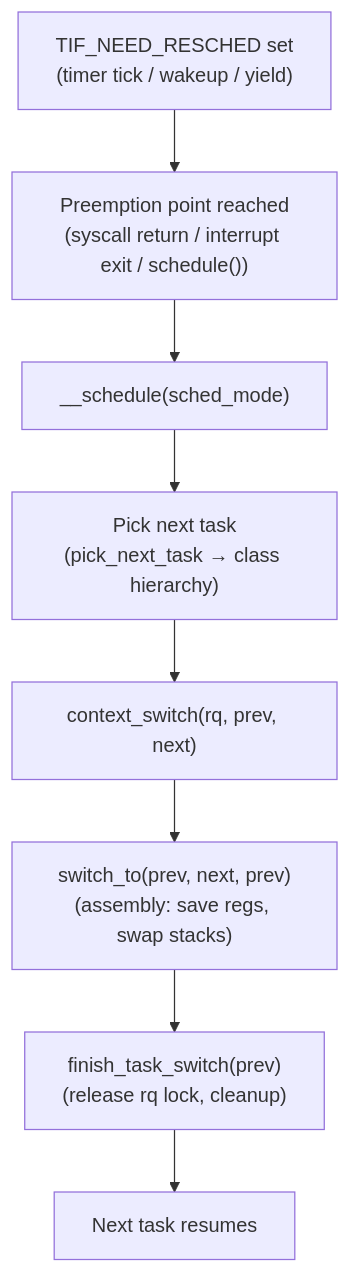
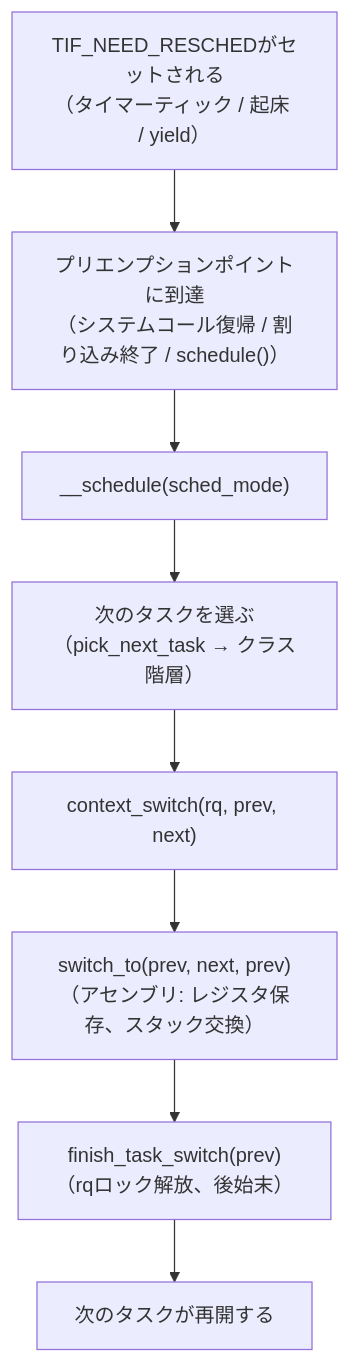
The first of 2 diagrams in docs/sched/context-switch.md (doguto/linux-kernel-internals-jp), drawn with Mermaid before and after one commit. The commit also changed other lines of this file and 113 other files, not shown here.

````diff
--- a/docs/sched/context-switch.md
+++ b/docs/sched/context-switch.md
@@ -9,13 +9,13 @@
 ```mermaid
 flowchart TB
-    A["TIF_NEED_RESCHED set<br/>(timer tick / wakeup / yield)"]
-    B["Preemption point reached<br/>(syscall return / interrupt exit / schedule())"]
+    A["TIF_NEED_RESCHEDがセットされる<br/>（タイマーティック / 起床 / yield）"]
+    B["プリエンプションポイントに到達<br/>（システムコール復帰 / 割り込み終了 / schedule()）"]
     C["__schedule(sched_mode)"]
-    D["Pick next task<br/>(pick_next_task → class hierarchy)"]
+    D["次のタスクを選ぶ<br/>（pick_next_task → クラス階層）"]
     E["context_switch(rq, prev, next)"]
-    F["switch_to(prev, next, prev)<br/>(assembly: save regs, swap stacks)"]
-    G["finish_task_switch(prev)<br/>(release rq lock, cleanup)"]
-    H["Next task resumes"]
+    F["switch_to(prev, next, prev)<br/>（アセンブリ: レジスタ保存、スタック交換）"]
+    G["finish_task_switch(prev)<br/>（rqロック解放、後始末）"]
+    H["次のタスクが再開する"]
 
     A --> B --> C --> D --> E --> F --> G --> H
 ```
````
